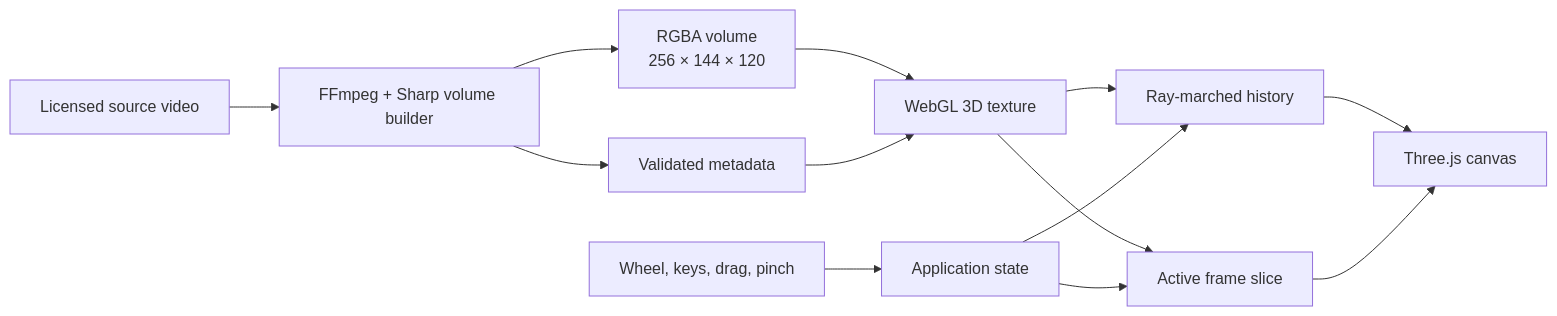
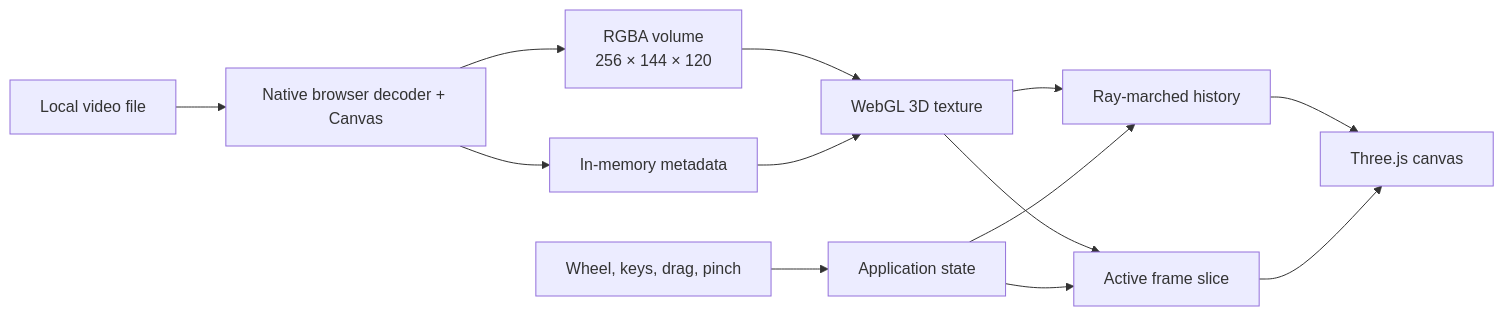
One commit to EvanGruhlkey/time-block changed the diagram in README.md. Above: the diagram before and after it, drawn with Mermaid. The commit also changed other lines of this file and 1 other file, not shown here.

Commit message:
updated the readme for local videos

````diff
--- a/README.md
+++ b/README.md
@@ -20,15 +21,15 @@
 ```mermaid
 flowchart LR
-  V["Licensed source video"] --> B["FFmpeg + Sharp volume builder"]
+  V["Local video file"] --> B["Native browser decoder + Canvas"]
   B --> R["RGBA volume\n256 × 144 × 120"]
-  B --> M["Validated metadata"]
+  B --> M["In-memory metadata"]
   R --> T["WebGL 3D texture"]
   M --> T
   T --> H["Ray-marched history"]
   T --> S["Active frame slice"]
   I["Wheel, keys, drag, pinch"] --> A["Application state"]
   A --> H
   A --> S
   H --> C["Three.js canvas"]
   S --> C
 ```
````
